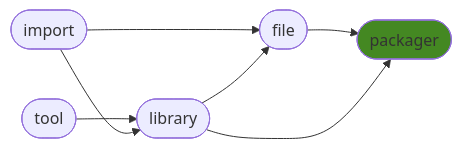
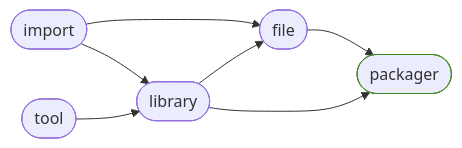
One commit to ManderaGeneral/generalpackager changed the diagram in README.md. Above: the diagram before and after it, drawn with Mermaid. The commit also changed other lines of this file, not shown here.

````diff
--- a/README.md
+++ b/README.md
@@ -24,15 +24,15 @@
 ```mermaid
 flowchart LR
 0([import]) --> 3([file])
+0([import]) --> 2([library])
+1([tool]) --> 2([library])
 3([file]) --> 4([packager])
-1([tool]) --> 2([library])
-0([import]) --> 2([library])
 2([library]) --> 4([packager])
 2([library]) --> 3([file])
 click 0 "https://github.com/ManderaGeneral/generalimport"
 click 1 "https://github.com/ManderaGeneral/generaltool"
 click 2 "https://github.com/ManderaGeneral/generallibrary"
 click 3 "https://github.com/ManderaGeneral/generalfile"
 click 4 "https://github.com/ManderaGeneral/generalpackager"
-style 4 fill:#482
+style 4 stroke:#482
 ```
````
